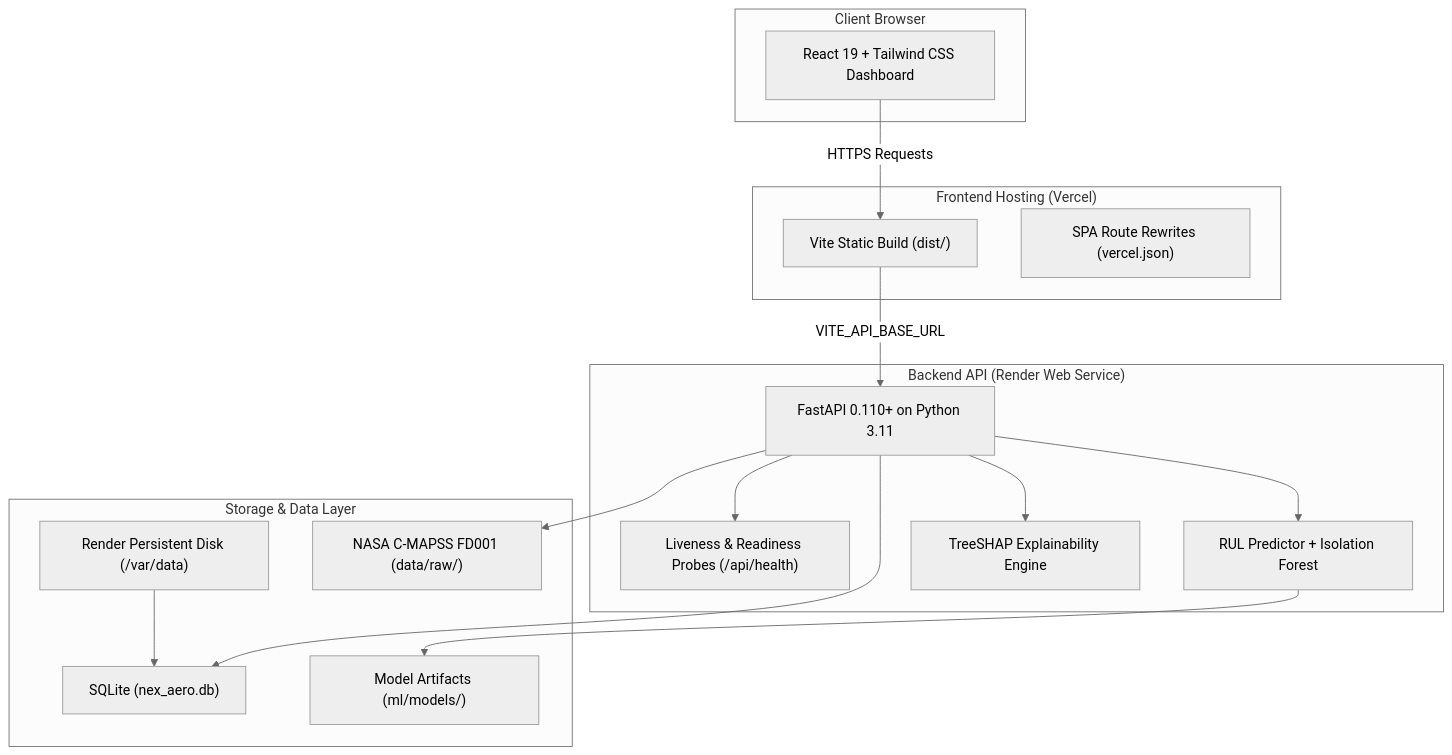
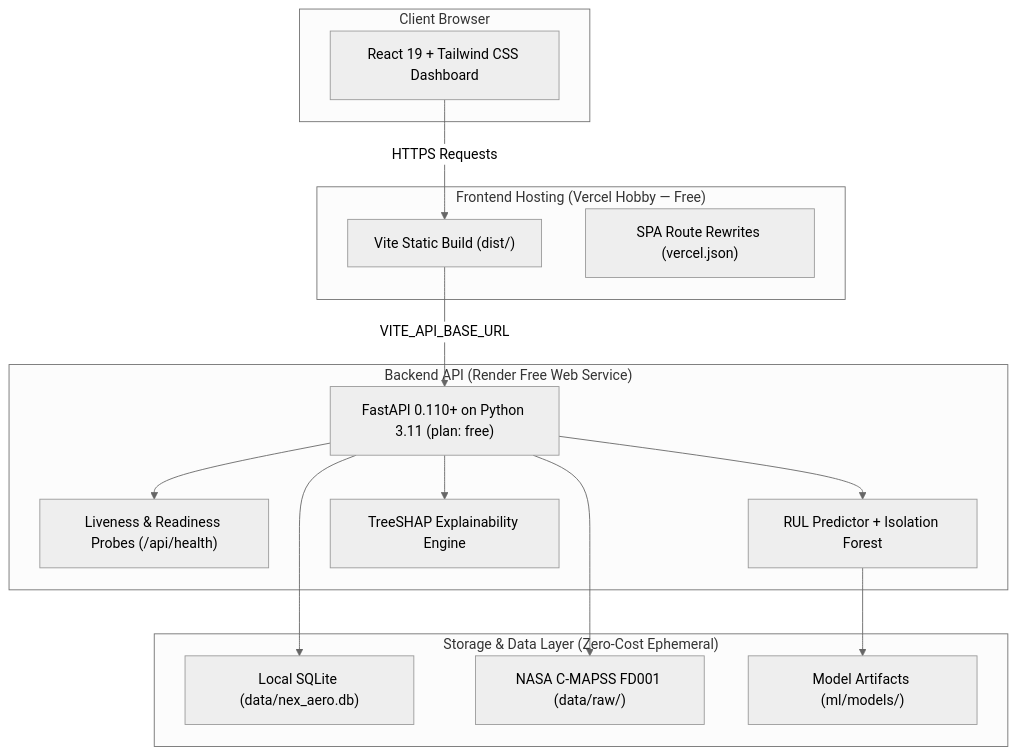
The diagram in README.md (ankitnapit24/Nex-Aero), drawn with Mermaid (neutral theme) before and after one commit. The commit also changed other lines of this file and 9 other files, not shown here.

Commit message:
feat(deploy): convert to 100% free-tier deployment (remove paid disk, plan: free, ephemeral SQLite, cold-start handling)

````diff
--- a/README.md
+++ b/README.md
@@ -21,35 +21,33 @@
 ```mermaid
 flowchart TD
     subgraph Client["Client Browser"]
         UI["React 19 + Tailwind CSS Dashboard"]
     end
 
-    subgraph Vercel["Frontend Hosting (Vercel)"]
+    subgraph Vercel["Frontend Hosting (Vercel Hobby — Free)"]
         SPA["Vite Static Build (dist/)"]
         Rewrites["SPA Route Rewrites (vercel.json)"]
     end
 
-    subgraph Render["Backend API (Render Web Service)"]
-        FastAPI["FastAPI 0.110+ on Python 3.11"]
+    subgraph Render["Backend API (Render Free Web Service)"]
+        FastAPI["FastAPI 0.110+ on Python 3.11 (plan: free)"]
         Probes["Liveness & Readiness Probes (/api/health)"]
         Inference["RUL Predictor + Isolation Forest"]
         SHAP["TreeSHAP Explainability Engine"]
     end
 
-    subgraph Persistence["Storage & Data Layer"]
-        Disk["Render Persistent Disk (/var/data)"]
-        DB["SQLite (nex_aero.db)"]
+    subgraph Persistence["Storage & Data Layer (Zero-Cost Ephemeral)"]
+        DB["Local SQLite (data/nex_aero.db)"]
         Dataset["NASA C-MAPSS FD001 (data/raw/)"]
         Models["Model Artifacts (ml/models/)"]
     end
 
     UI -->|HTTPS Requests| SPA
     SPA -->|VITE_API_BASE_URL| FastAPI
     FastAPI --> Probes
     FastAPI --> Inference
     FastAPI --> SHAP
     FastAPI --> DB
-    Disk --> DB
     Inference --> Models
     FastAPI --> Dataset
 ```
````
